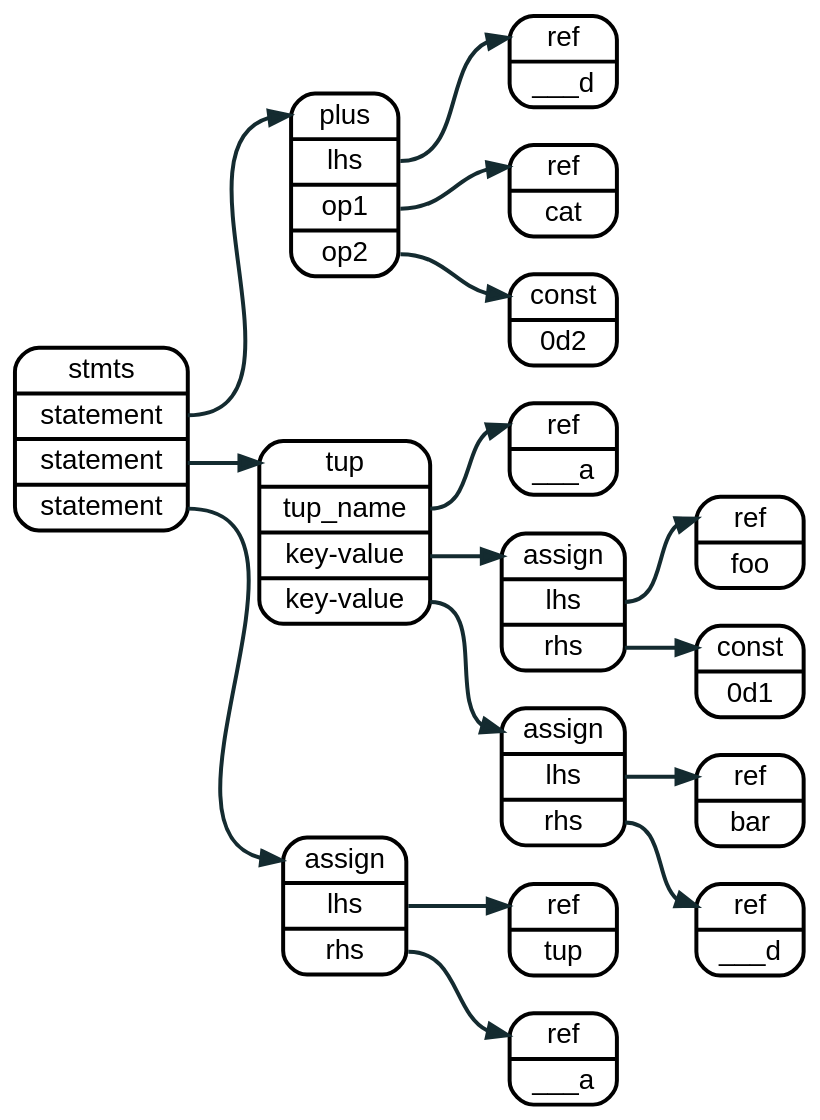
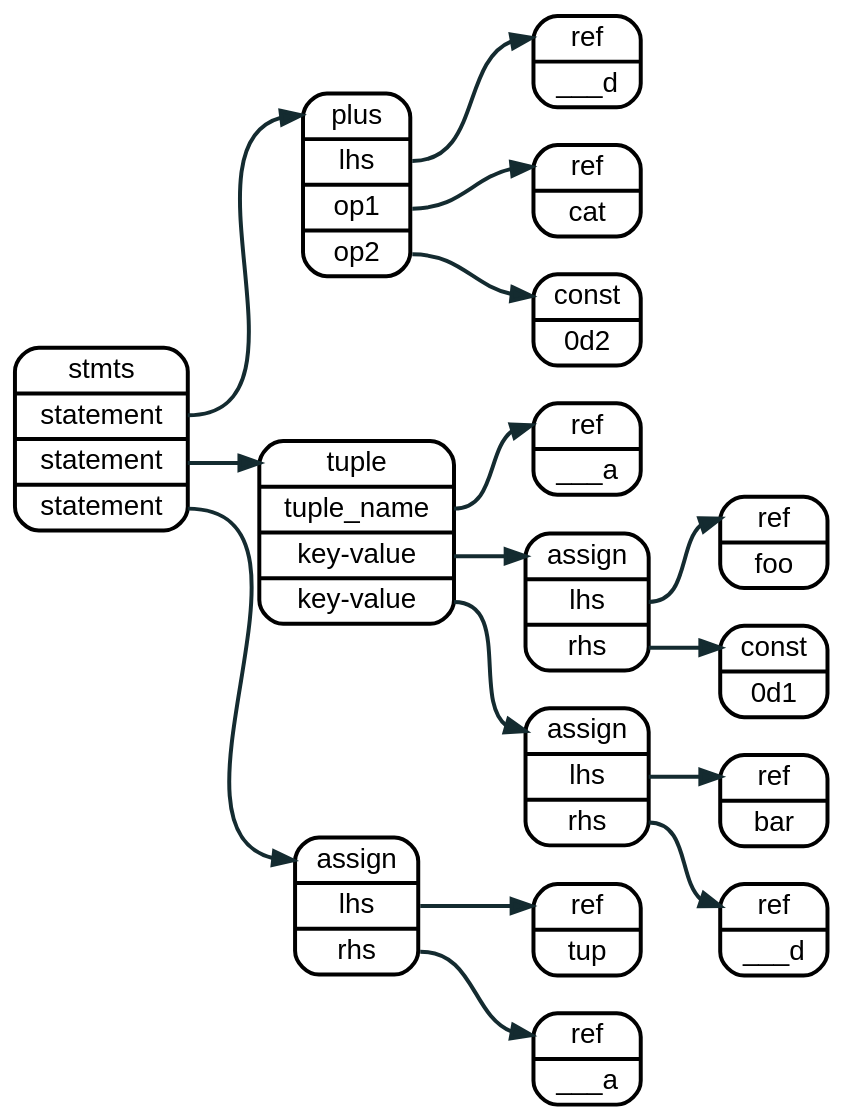
One commit to sakshi15108/lnast-doc changed the diagram in source/graphviz/tuple.dot. Above: the diagram before and after it, drawn with Graphviz. The commit also changed 14 other files, not shown here.

```diff
--- a/source/graphviz/tuple.dot
+++ b/source/graphviz/tuple.dot
@@ -1,58 +1,58 @@
 digraph assign {
   rankdir=LR
   bgcolor="transparent"
 
   node  [fontname = "helvetica", shape=record, style="rounded", penwidth = 2];
   edge  [fontname = "helvetica", color="#142b30", arrowhead="normal", penwidth = 2];
   graph [fontname = "helvetica"];
 
   
 
   node_0 [label = "<a> stmts | <s1> statement | <s2> statement | <s3> statement"];
 
   node_5 [label = "<a> plus | <l> lhs | <r1> op1 | <r2> op2 "];
   node_6 [label = "<a> ref   | <l> ___d"];
   node_7 [label = "<a> ref   | <l> cat"];
   node_8 [label = "<a> const   | <l> 0d2"];
 
-  node_1 [label = "<a> tup   | <n> tup_name | <kv1> key-value | <kv2> key-value"]
+  node_1 [label = "<a> tuple   | <n> tuple_name | <kv1> key-value | <kv2> key-value"]
   node_1_1 [label = "<a> ref   | <l> ___a"];
 
   node_2 [label = "<a> assign | <l> lhs  | <r> rhs"];
   node_3 [label = "<a> ref   | <l> foo"];
   node_4 [label = "<a> const | <l> 0d1"];
 
   node_9 [label = "<a> assign | <l> lhs  | <r> rhs"];
   node_a [label = "<a> ref    | <l> bar"];
   node_b [label = "<a> ref    | <l> ___d"];
 
 
   node_f [label = "<a> assign | <l> lhs  | <r> rhs"];
   node_g [label = "<a> ref   | <l> tup"];
   node_h [label = "<a> ref   | <l> ___a"];
 
   node_0:s1  -> node_5:a
   node_0:s2  -> node_1:a;
   node_0:s3  -> node_f:a;
   
 
   node_5:l  -> node_6:a;
   node_5:r1 -> node_7:a;
   node_5:r2 -> node_8:a;
 
 
   node_1:n  -> node_1_1:a;
   node_1:kv1 -> node_2:a;
   node_1:kv2 -> node_9:a;
 
   node_2:l -> node_3:a;
   node_2:r -> node_4:a;
   
   
   node_9:l -> node_a:a;
   node_9:r -> node_b:a;
 
   node_f:l -> node_g:a;
   node_f:r -> node_h:a;
 
 }
```
